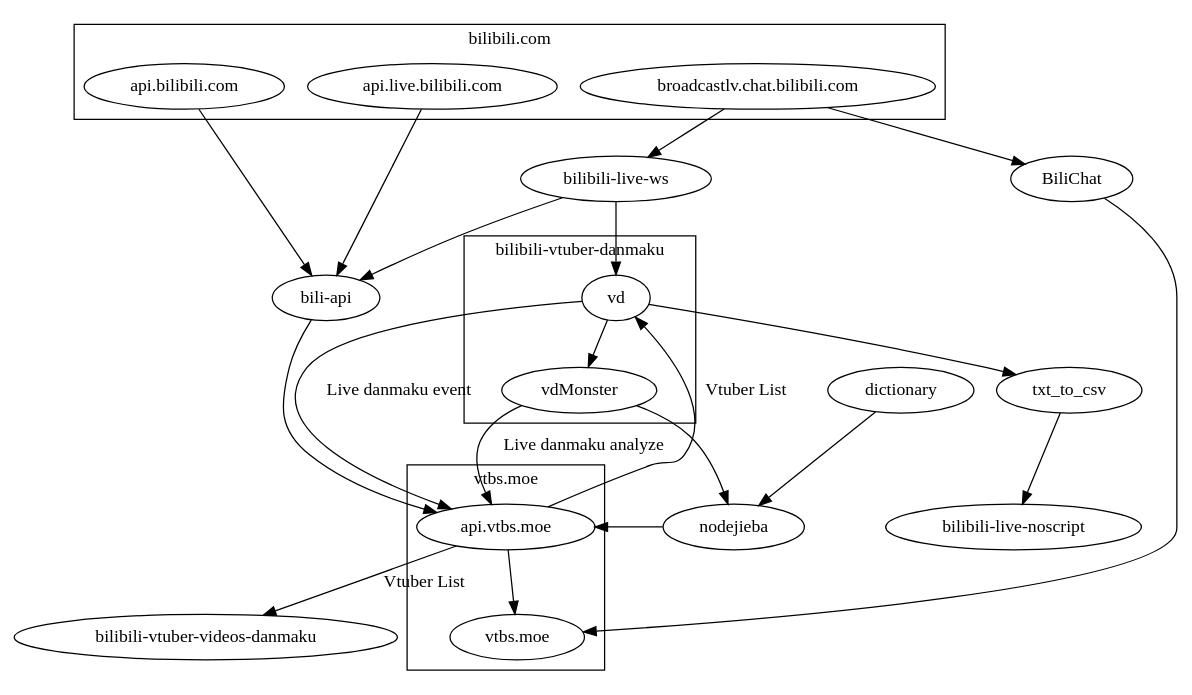
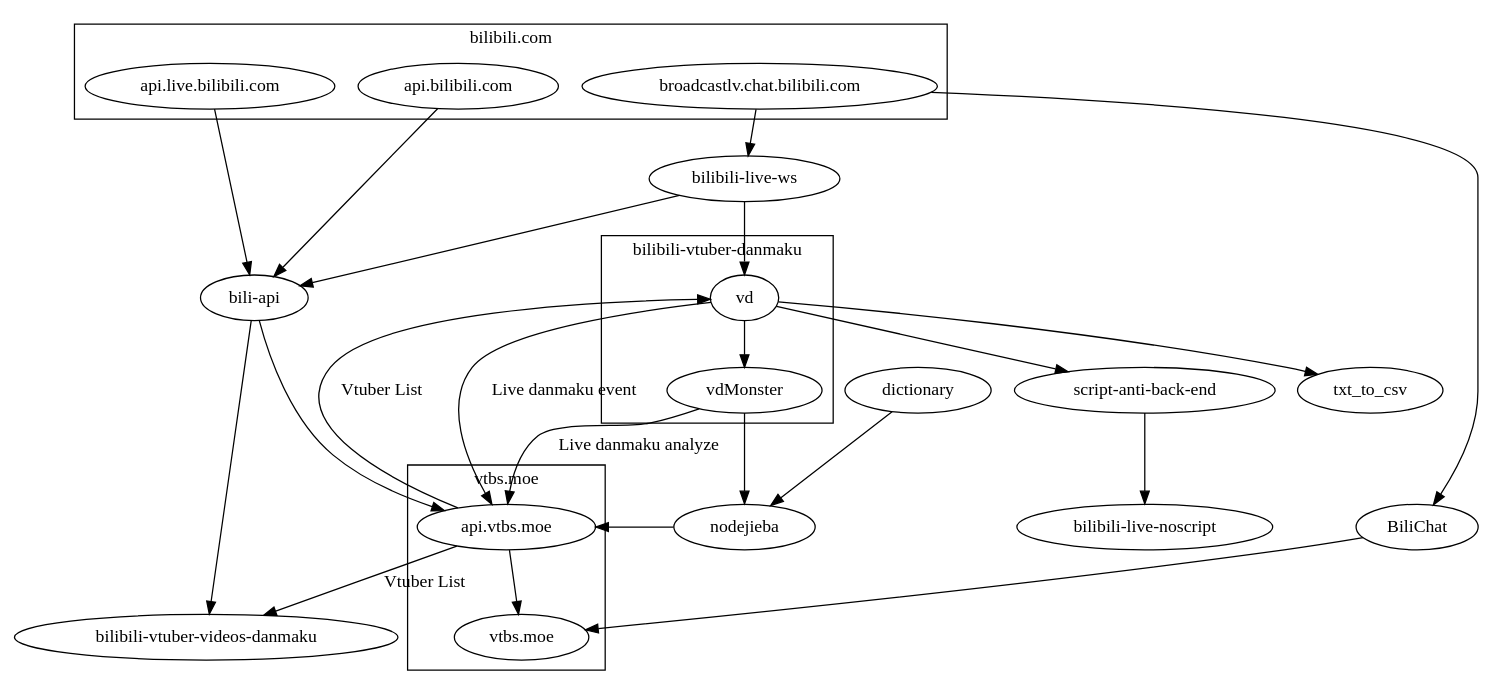
The diagram in dependency.dot (dd-center/dd-center.github.io), drawn with Graphviz before and after one commit. The commit also changed 1 other file, not shown here.

```diff
--- a/dependency.dot
+++ b/dependency.dot
@@ -1,43 +1,46 @@
 digraph {
 	dictionary;
 	"bili-api";
 	"bilibili-live-ws";
 	txt_to_csv;
 	"bilibili-live-noscript";
 	BiliChat;
 	"bilibili-vtuber-videos-danmaku";
+	"script-anti-back-end";
 	/* "danmaku-analyze"; */
 	subgraph "cluster_bilibili-" {
 		label = "bilibili.com";
 		"api.bilibili.com";
 		"api.live.bilibili.com";
 		"broadcastlv.chat.bilibili.com";
 	}
 	subgraph "cluster_vtbs.moe" {
 		label="vtbs.moe";
 		"api.vtbs.moe";
 		"api.vtbs.moe" -> "vtbs.moe"
 	}
 	subgraph "cluster_bilibili-vtuber-danmaku" {
 		label = "bilibili-vtuber-danmaku";
 		vd;
 		vdMonster;
 	}
 	"api.bilibili.com" -> "bili-api";
 	"api.live.bilibili.com" -> "bili-api";
 	"bilibili-live-ws" -> "bili-api" -> "api.vtbs.moe";
 	"broadcastlv.chat.bilibili.com" -> "bilibili-live-ws" -> vd;
 	"api.vtbs.moe" -> vd [ label = "Vtuber List" ];
 	"api.vtbs.moe" -> "bilibili-vtuber-videos-danmaku" [ label = "Vtuber List" ];
+	"bili-api" -> "bilibili-vtuber-videos-danmaku";
 	vd -> "api.vtbs.moe" [ label = "Live danmaku event" ];
 	vd -> vdMonster;
 	vdMonster -> nodejieba;
 	dictionary -> nodejieba;
 	nodejieba -> "api.vtbs.moe";
-	vd -> txt_to_csv -> "bilibili-live-noscript";
+	vd -> txt_to_csv;
+	vd -> "script-anti-back-end" -> "bilibili-live-noscript";
 	vdMonster -> "api.vtbs.moe" [ label = "Live danmaku analyze" ];
 	"broadcastlv.chat.bilibili.com" -> BiliChat -> "vtbs.moe";
 
 	/* "bilibili-vtuber-videos-danmaku" -> "danmaku-analyze"; */
 	/* vdMonster -> "danmaku-analyze" -> "api.vtbs.moe"; */
 }
```
